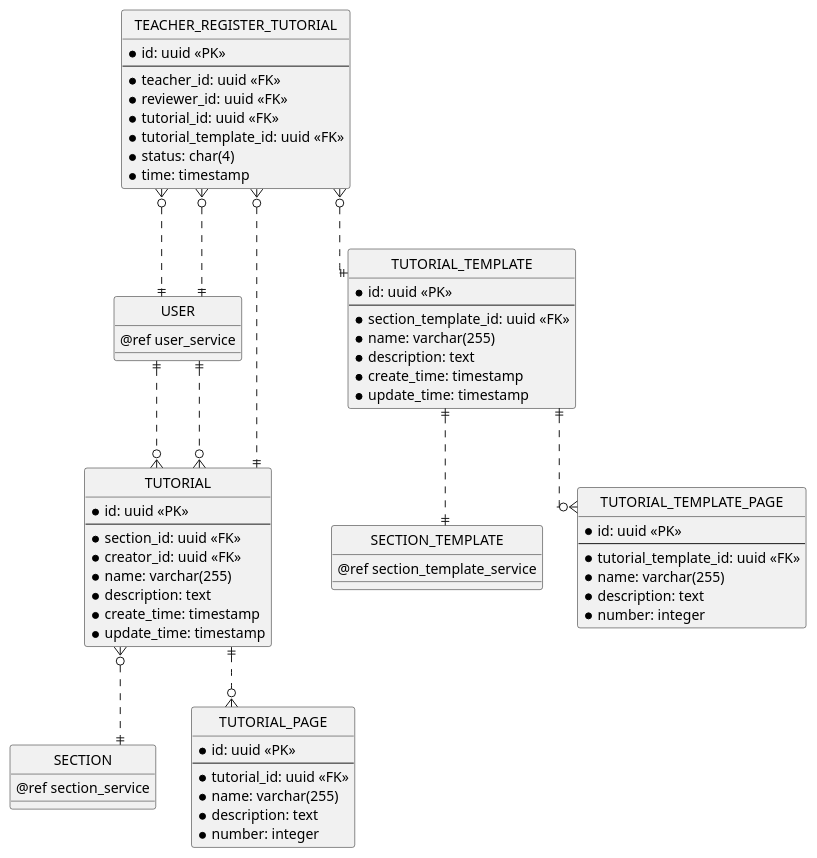
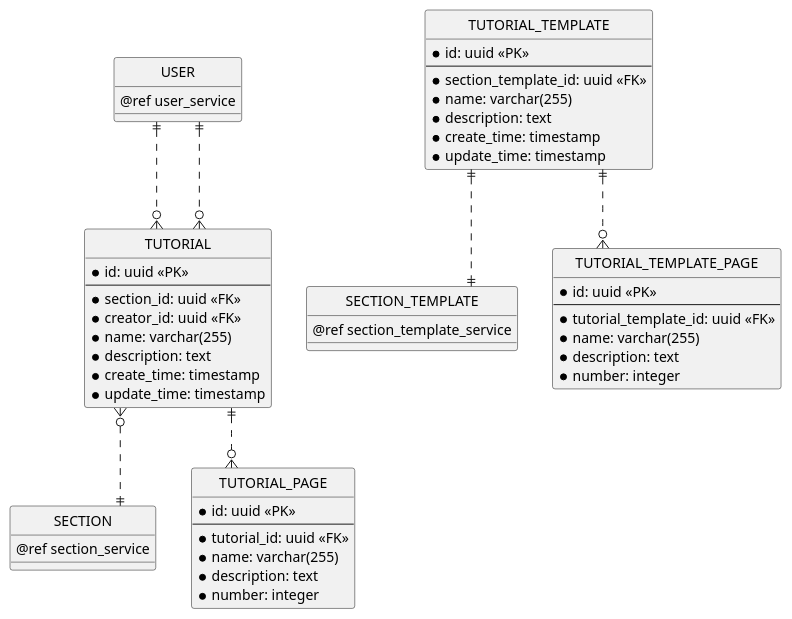
One commit to chungnguyenbkcse/ERD-USECASE-KIDSDRAWING changed the tenth of 12 diagrams in erd.md. Above: the diagram before and after it, drawn with PlantUML. The commit also changed other lines of this file and 1 other file, not shown here.

Commit message:
edit tutorial

```diff
--- a/erd.md
+++ b/erd.md
@@ -611,22 +623,7 @@
 }
 
 
-entity "TEACHER_REGISTER_TUTORIAL" as user_register_tutorial {
-    * id: uuid <<PK>>
-    --
-    * teacher_id: uuid <<FK>>
-    * reviewer_id: uuid <<FK>>
-    * tutorial_id: uuid <<FK>>
-    * tutorial_template_id: uuid <<FK>>
-    * status: char(4)
-    * time: timestamp
-}
-
 ' Tutorial Relationship
-user_register_tutorial }o..|| user 
-user_register_tutorial }o..|| user 
-user_register_tutorial }o..|| tutorial
-user_register_tutorial }o..|| tutorial_template
 user ||..o{ tutorial
 user ||..o{ tutorial
 tutorial ||..o{ tutorial_page
```
